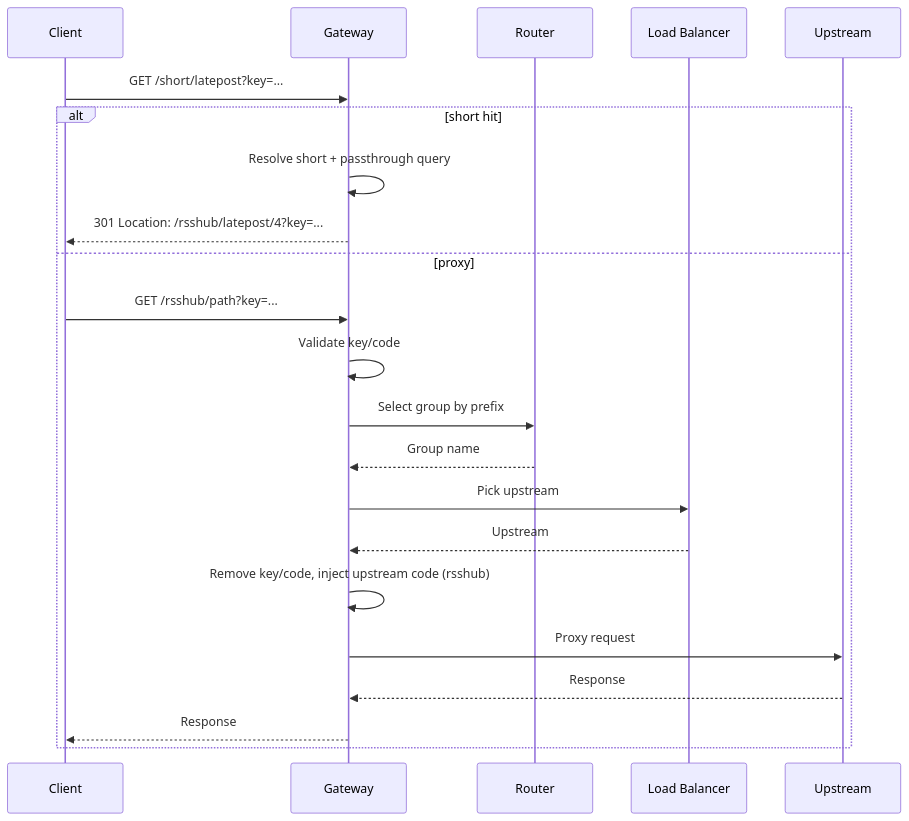
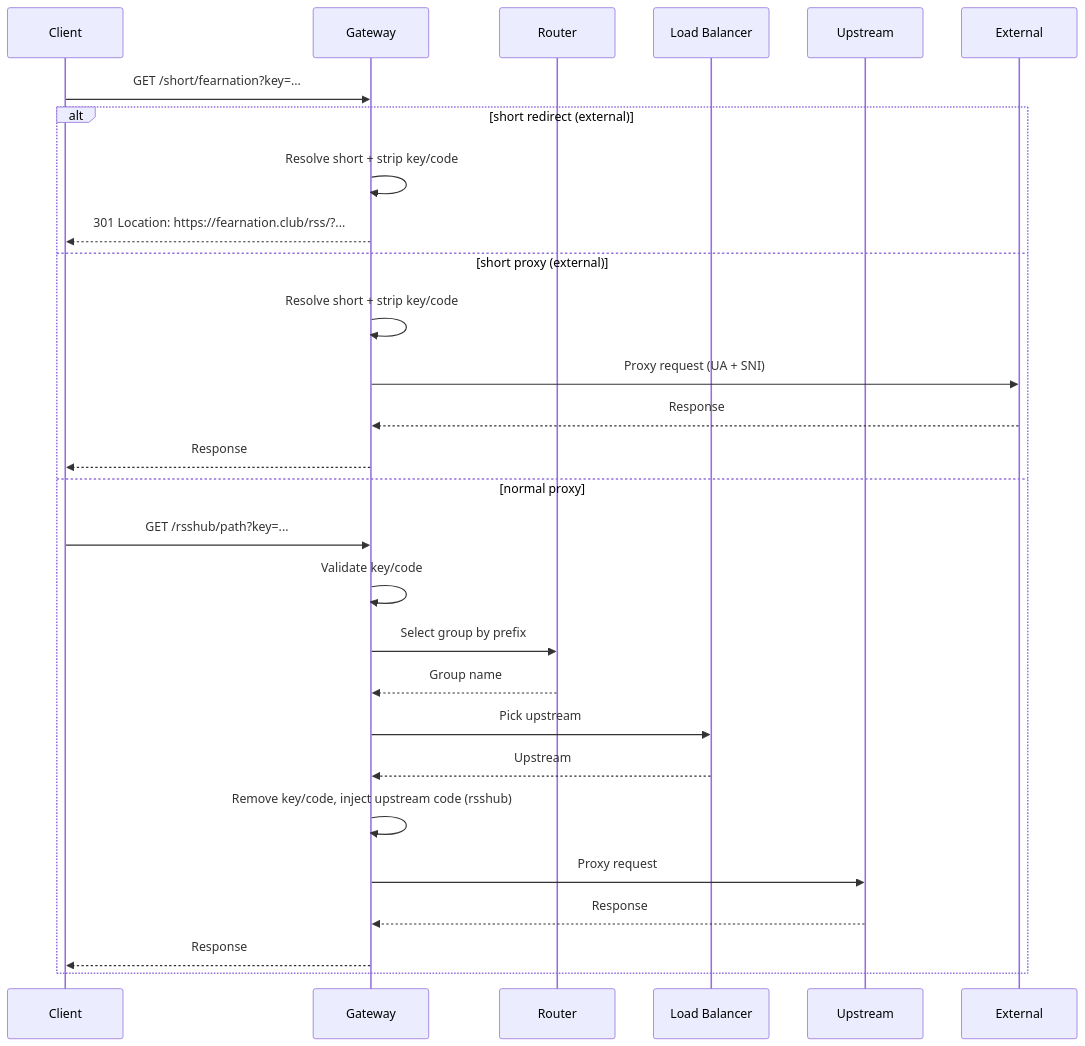
Before and after one commit to nerdneilsfield/RSSHub-Gateway: the second of 2 diagrams in README.md, drawn with Mermaid. The commit also changed other lines of this file and 1 other file, not shown here.

Commit message:
docs: refresh architecture diagrams

````diff
--- a/README.md
+++ b/README.md
@@ -53,25 +56,31 @@
 ```mermaid
 sequenceDiagram
     participant C as Client
     participant G as Gateway
     participant R as Router
     participant LB as Load Balancer
     participant U as Upstream
+    participant E as External
 
-    C->>G: GET /short/latepost?key=...
-    alt short hit
-        G->>G: Resolve short + passthrough query
-        G-->>C: 301 Location: /rsshub/latepost/4?key=...
-    else proxy
+    C->>G: GET /short/fearnation?key=...
+    alt short redirect (external)
+        G->>G: Resolve short + strip key/code
+        G-->>C: 301 Location: https://fearnation.club/rss/?...
+    else short proxy (external)
+        G->>G: Resolve short + strip key/code
+        G->>E: Proxy request (UA + SNI)
+        E-->>G: Response
+        G-->>C: Response
+    else normal proxy
         C->>G: GET /rsshub/path?key=...
         G->>G: Validate key/code
         G->>R: Select group by prefix
         R-->>G: Group name
         G->>LB: Pick upstream
         LB-->>G: Upstream
         G->>G: Remove key/code, inject upstream code (rsshub)
         G->>U: Proxy request
         U-->>G: Response
         G-->>C: Response
     end
 ```
````
